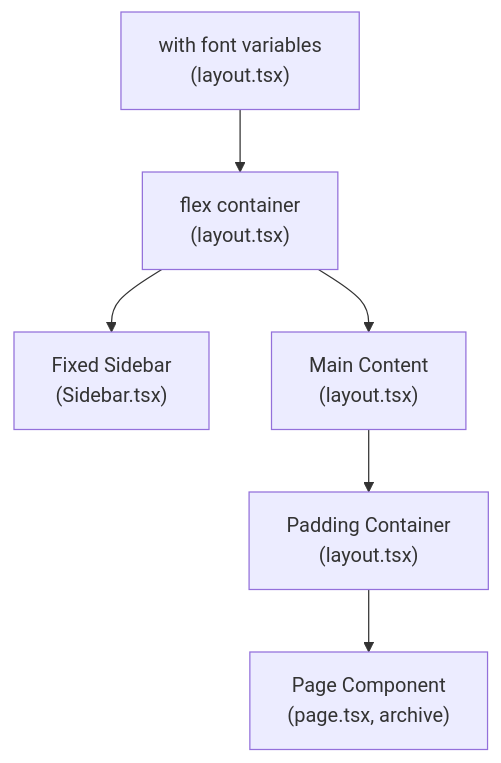
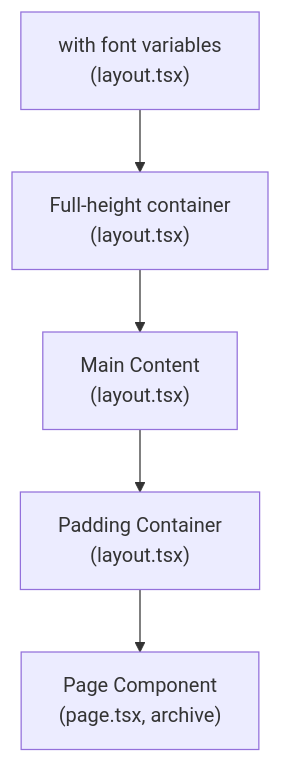
The second of 2 diagrams in .qoder/repowiki/en/content/Frontend Application/Application Layout & Navigation.md (alexandreybasta-cyber/dubai-media-ai), drawn with Mermaid before and after one commit. The commit also changed other lines of this file and 23 other files, not shown here.

````diff
--- a/.qoder/repowiki/en/content/Frontend Application/Application Layout & Navigation.md
+++ b/.qoder/repowiki/en/content/Frontend Application/Application Layout & Navigation.md
@@ -104,8 +94,7 @@
 ```mermaid
 graph TB
-html["<html> with font variables<br/>(layout.tsx)"] --> body["<body> flex container<br/>(layout.tsx)"]
-body --> aside["<aside> Fixed Sidebar<br/>(Sidebar.tsx)"]
+html["<html> with font variables<br/>(layout.tsx)"] --> body["<body> Full-height container<br/>(layout.tsx)"]
 body --> main["<main> Main Content<br/>(layout.tsx)"]
 main --> divPadding["<div> Padding Container<br/>(layout.tsx)"]
 divPadding --> page["Page Component<br/>(page.tsx, archive)"]
 ```
````
